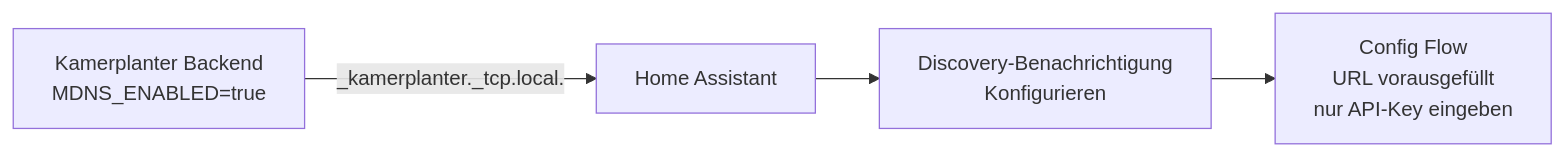
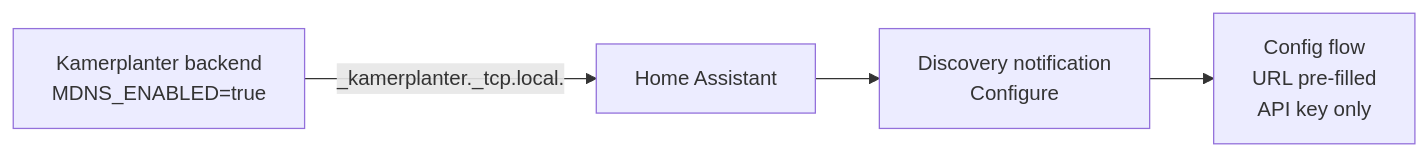
The third of 3 diagrams in docs/de/guides/home-assistant-integration.md (nolte/kamerplanter), drawn with Mermaid before and after one commit. The commit also changed other lines of this file and 44 other files, not shown here.

First line of the commit message:
docs: make all Mermaid diagrams spec-compliant (repo-wide sweep)

````diff
--- a/docs/de/guides/home-assistant-integration.md
+++ b/docs/de/guides/home-assistant-integration.md
@@ -88,7 +91,7 @@
 ```mermaid
 flowchart LR
-    KP["Kamerplanter Backend\nMDNS_ENABLED=true"]
+    KP["Kamerplanter backend<br/>MDNS_ENABLED=true"]
     KP -->|_kamerplanter._tcp.local.| HA["Home Assistant"]
-    HA --> D["Discovery-Benachrichtigung\nKonfigurieren"]
-    D --> CF["Config Flow\nURL vorausgefüllt\nnur API-Key eingeben"]
+    HA --> D["Discovery notification<br/>Configure"]
+    D --> CF["Config flow<br/>URL pre-filled<br/>API key only"]
 ```
````
